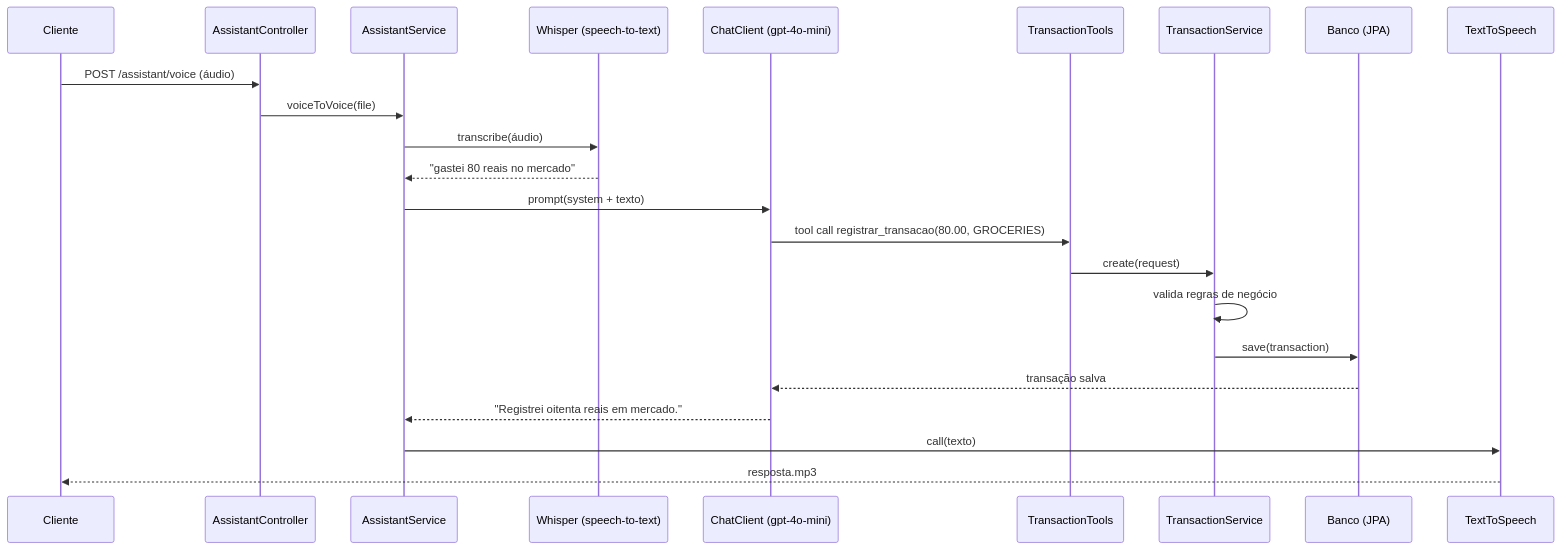
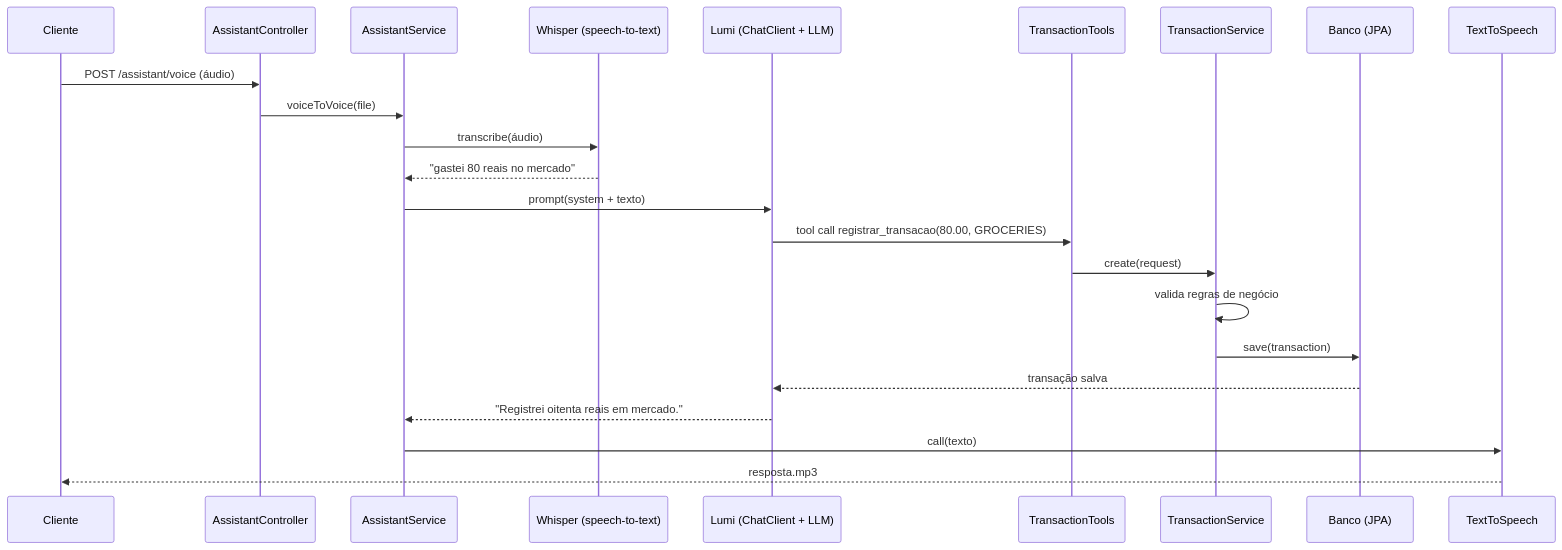
The diagram in README.md (BrunoBergamin/desafio-dio-spring-ai-budgeting), drawn with Mermaid before and after one commit. The commit also changed other lines of this file and 6 other files, not shown here.

````diff
--- a/README.md
+++ b/README.md
@@ -59,26 +66,26 @@
 ```mermaid
 sequenceDiagram
     participant C as Cliente
     participant AC as AssistantController
     participant AS as AssistantService
     participant W as Whisper (speech-to-text)
-    participant LLM as ChatClient (gpt-4o-mini)
+    participant LLM as Lumi (ChatClient + LLM)
     participant T as TransactionTools
     participant TS as TransactionService
     participant DB as Banco (JPA)
     participant TTS as TextToSpeech
 
     C->>AC: POST /assistant/voice (áudio)
     AC->>AS: voiceToVoice(file)
     AS->>W: transcribe(áudio)
     W-->>AS: "gastei 80 reais no mercado"
     AS->>LLM: prompt(system + texto)
     LLM->>T: tool call registrar_transacao(80.00, GROCERIES)
     T->>TS: create(request)
     TS->>TS: valida regras de negócio
     TS->>DB: save(transaction)
     DB-->>LLM: transação salva
     LLM-->>AS: "Registrei oitenta reais em mercado."
     AS->>TTS: call(texto)
     TTS-->>C: resposta.mp3
 ```
````
